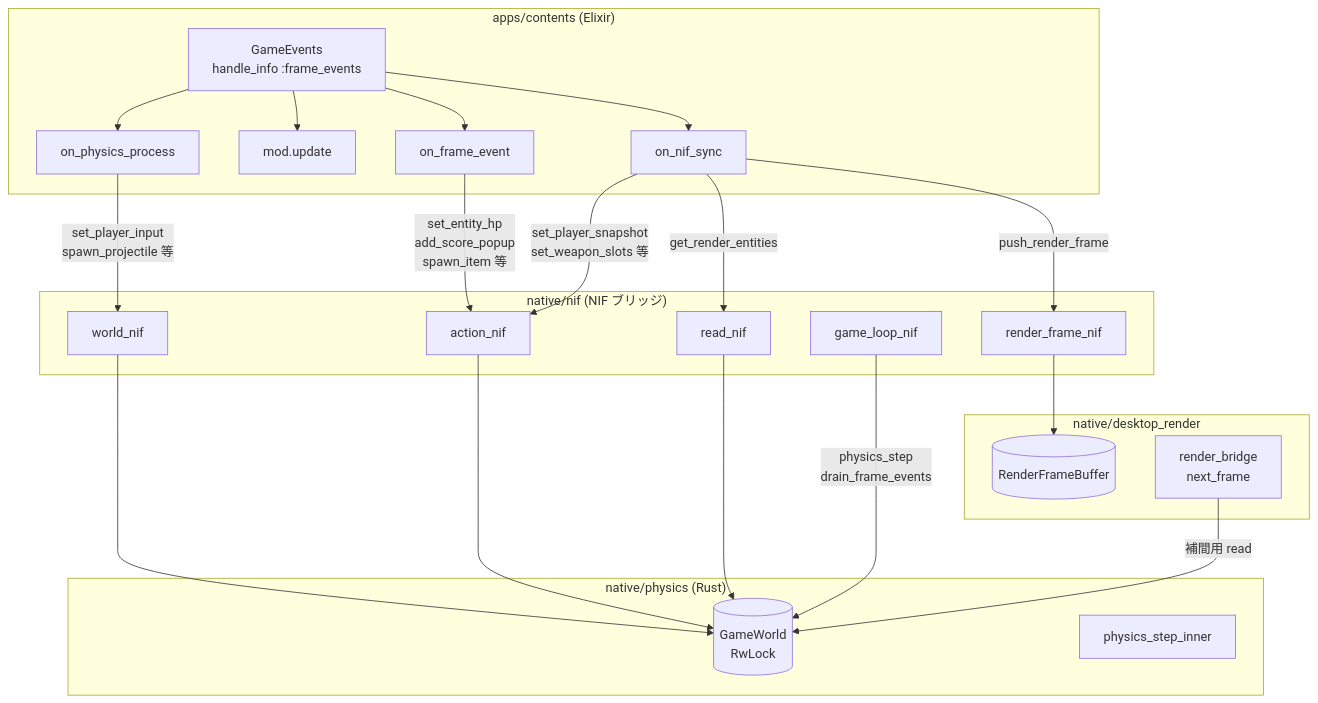
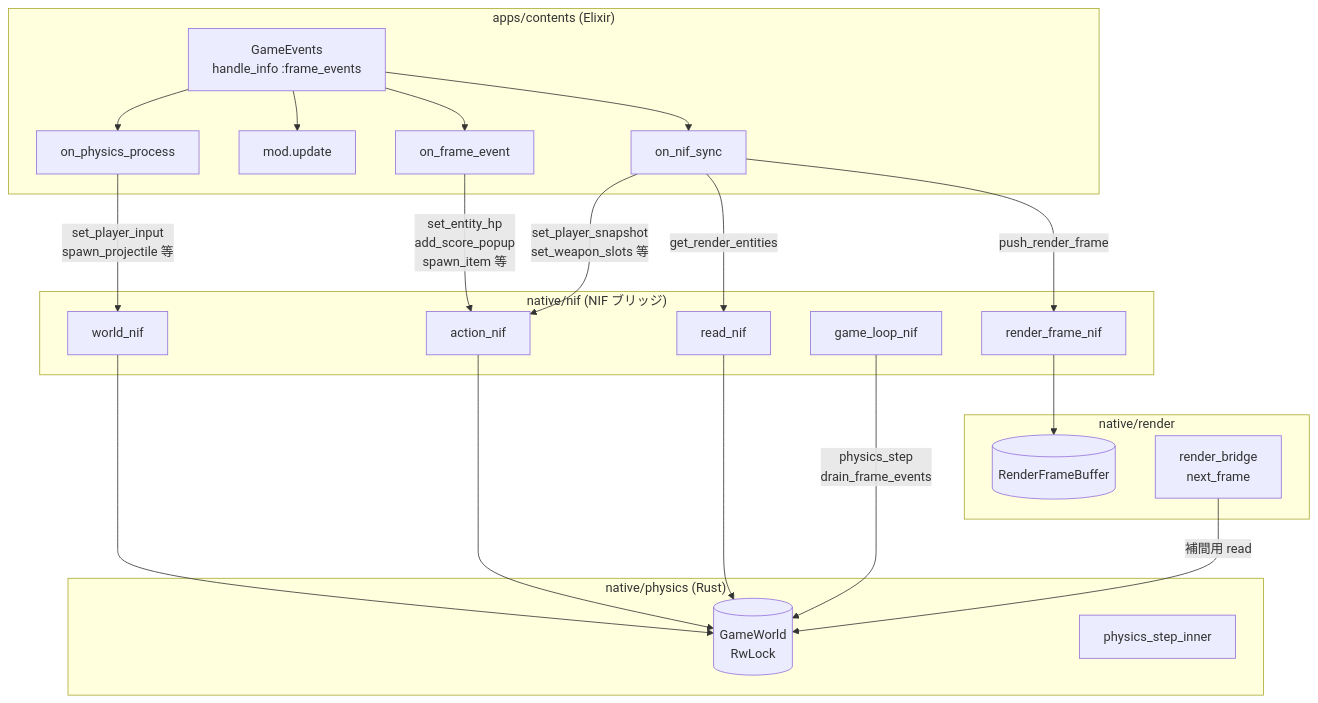
Before and after one commit to FRICK-ELDY/alchemy-engine: the first of 7 diagrams in docs/architecture/contents-to-physics-bottlenecks.md, drawn with Mermaid. The commit also changed 11 other files, not shown here.

````diff
--- a/docs/architecture/contents-to-physics-bottlenecks.md
+++ b/docs/architecture/contents-to-physics-bottlenecks.md
@@ -10,46 +10,46 @@
 ```mermaid
 flowchart TB
     subgraph Elixir["apps/contents (Elixir)"]
         GE[GameEvents<br/>handle_info :frame_events]
         FE[on_frame_event]
         UP[mod.update]
         PP[on_physics_process]
         NS[on_nif_sync]
         
         GE --> FE
         GE --> UP
         GE --> PP
         GE --> NS
     end
     
     subgraph NIF["native/nif (NIF ブリッジ)"]
         WN[world_nif]
         AN[action_nif]
         RN[read_nif]
         RFN[render_frame_nif]
         GL[game_loop_nif]
     end
     
     subgraph Physics["native/physics (Rust)"]
         GW[(GameWorld<br/>RwLock)]
         PS[physics_step_inner]
     end
     
-    subgraph Render["native/desktop_render"]
+    subgraph Render["native/render"]
         RFB[(RenderFrameBuffer)]
         RB[render_bridge<br/>next_frame]
     end
     
     FE --> |set_entity_hp<br/>add_score_popup<br/>spawn_item 等| AN
     PP --> |set_player_input<br/>spawn_projectile 等| WN
     NS --> |set_player_snapshot<br/>set_weapon_slots 等| AN
     NS --> |get_render_entities| RN
     NS --> |push_render_frame| RFN
     
     WN --> GW
     AN --> GW
     RN --> GW
     GL --> |physics_step<br/>drain_frame_events| GW
     RFN --> RFB
     RB --> |補間用 read| GW
 ```
````
